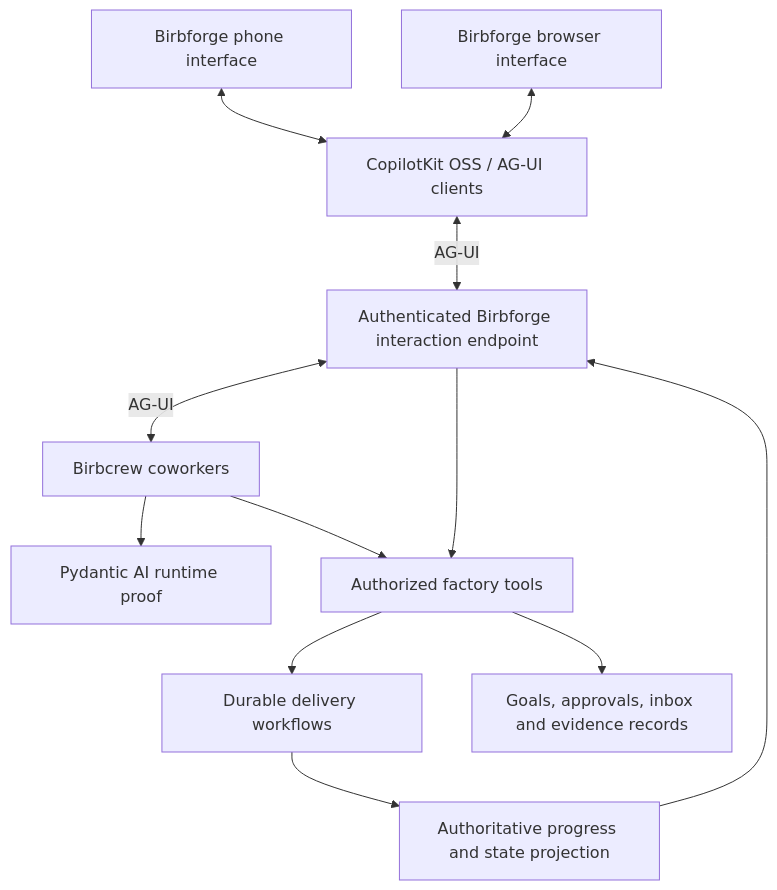
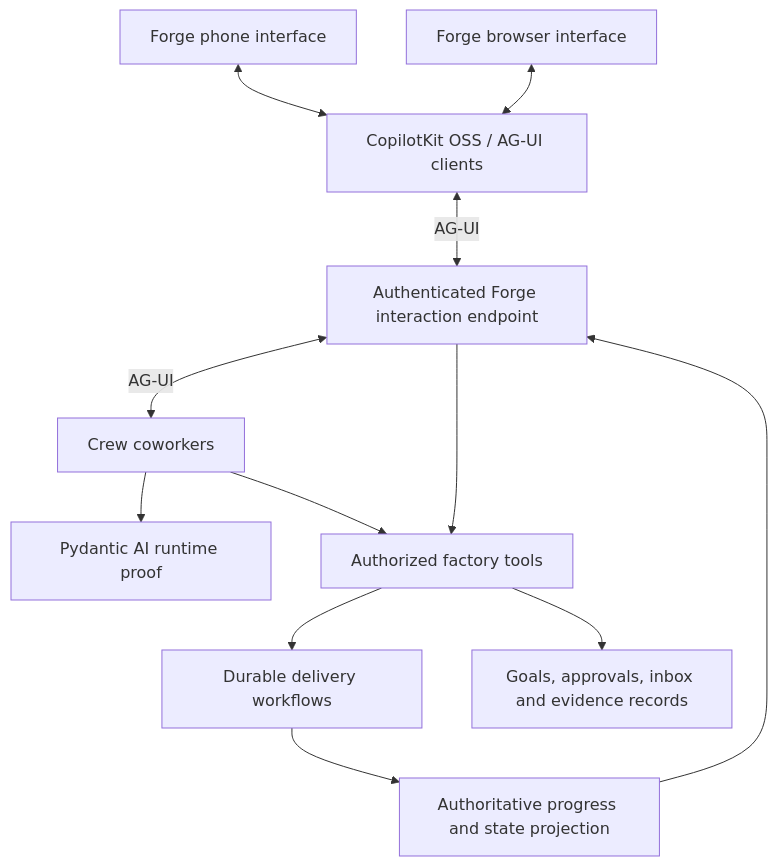
One commit to mattsp1290/birbforge changed the diagram in docs/ag-ui-architecture.md. Above: the diagram before and after it, drawn with Mermaid. The commit also changed other lines of this file and 84 other files, not shown here.

Commit message:
chore: rename Forge and canonical Crew Verify references (#17)

````diff
--- a/docs/ag-ui-architecture.md
+++ b/docs/ag-ui-architecture.md
@@ -19,14 +19,14 @@
 ```mermaid
 flowchart TB
-    Phone[Birbforge phone interface] <--> Client[CopilotKit OSS / AG-UI clients]
-    Browser[Birbforge browser interface] <--> Client
-    Client <-->|AG-UI| Gateway[Authenticated Birbforge interaction endpoint]
-    Gateway <-->|AG-UI| Crew[Birbcrew coworkers]
+    Phone[Forge phone interface] <--> Client[CopilotKit OSS / AG-UI clients]
+    Browser[Forge browser interface] <--> Client
+    Client <-->|AG-UI| Gateway[Authenticated Forge interaction endpoint]
+    Gateway <-->|AG-UI| Crew[Crew coworkers]
     Crew --> Runtime[Pydantic AI runtime proof]
     Crew --> Actions[Authorized factory tools]
     Gateway --> Actions
     Actions --> Workflow[Durable delivery workflows]
     Actions --> Records[Goals, approvals, inbox and evidence records]
     Workflow --> Projection[Authoritative progress and state projection]
     Projection --> Gateway
 ```
````
